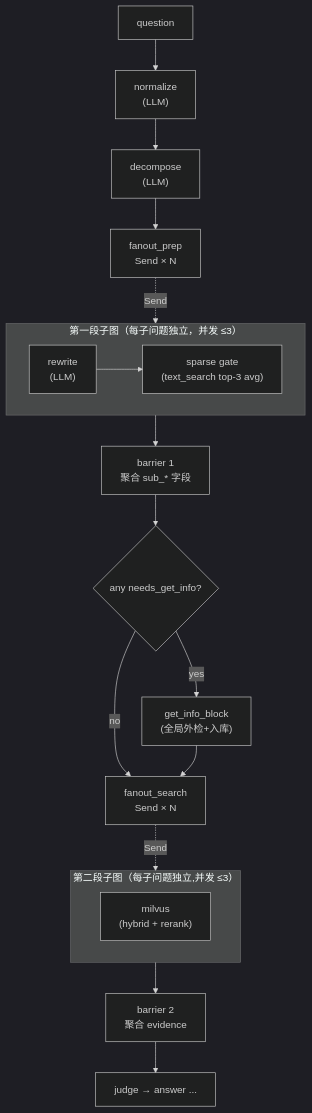
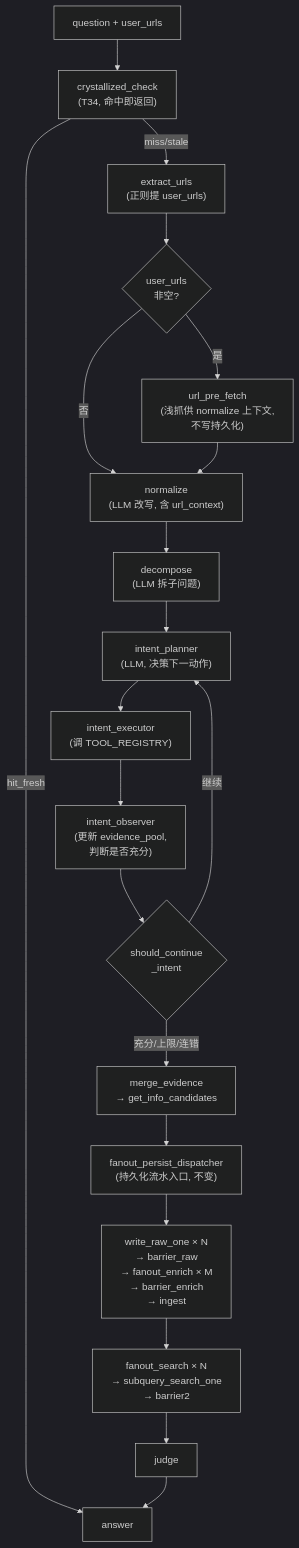
One commit to mengsi16/brain-base changed the first of 2 diagrams in AGENTS.md. Above: the diagram before and after it, drawn with Mermaid (dark theme). The commit also changed other lines of this file and 48 other files, not shown here.

````diff
--- a/AGENTS.md
+++ b/AGENTS.md
@@ -69,27 +70,22 @@
 ```mermaid
 flowchart TD
-    Q["question"] --> N["normalize<br/>(LLM)"]
-    N --> D["decompose<br/>(LLM)"]
-    D --> DISP1["fanout_prep<br/>Send × N"]
-
-    subgraph PIPE1["第一段子图（每子问题独立，并发 ≤3）"]
-        direction LR
-        RW["rewrite<br/>(LLM)"] --> SG["sparse gate<br/>(text_search top-3 avg)"]
-    end
-
-    DISP1 -.Send.-> PIPE1
-    PIPE1 --> B1["barrier 1<br/>聚合 sub_* 字段"]
-    B1 --> GATE{"any needs_get_info?"}
-    GATE -- "yes" --> GI["get_info_block<br/>(全局外检+入库)"]
-    GATE -- "no" --> DISP2["fanout_search<br/>Send × N"]
-    GI --> DISP2
-
-    subgraph PIPE2["第二段子图（每子问题独立,并发 ≤3）"]
-        direction LR
-        MS["milvus<br/>(hybrid + rerank)"]
-    end
-
-    DISP2 -.Send.-> PIPE2
-    PIPE2 --> B2["barrier 2<br/>聚合 evidence"]
-    B2 --> J["judge → answer ..."]
+    Q["question + user_urls"] --> CC["crystallized_check<br/>(T34, 命中即返回)"]
+    CC -->|"hit_fresh"| ANS["answer"]
+    CC -->|"miss/stale"| EX["extract_urls<br/>(正则提 user_urls)"]
+    EX --> UPF{"user_urls<br/>非空?"}
+    UPF -->|"是"| PF["url_pre_fetch<br/>(浅抓供 normalize 上下文,<br/>不写持久化)"]
+    UPF -->|"否"| N["normalize<br/>(LLM 改写, 含 url_context)"]
+    PF --> N
+    N --> D["decompose<br/>(LLM 拆子问题)"]
+    D --> IP["intent_planner<br/>(LLM, 决策下一动作)"]
+    IP --> IE["intent_executor<br/>(调 TOOL_REGISTRY)"]
+    IE --> IO["intent_observer<br/>(更新 evidence_pool,<br/>判断是否充分)"]
+    IO --> SCI{"should_continue<br/>_intent"}
+    SCI -->|"继续"| IP
+    SCI -->|"充分/上限/连错"| ME["merge_evidence<br/>→ get_info_candidates"]
+    ME --> FPD["fanout_persist_dispatcher<br/>(持久化流水入口, 不变)"]
+    FPD --> WR["write_raw_one × N<br/>→ barrier_raw<br/>→ fanout_enrich × M<br/>→ barrier_enrich<br/>→ ingest"]
+    WR --> FSD["fanout_search × N<br/>→ subquery_search_one<br/>→ barrier2"]
+    FSD --> J["judge"]
+    J --> ANS
 ```
````
